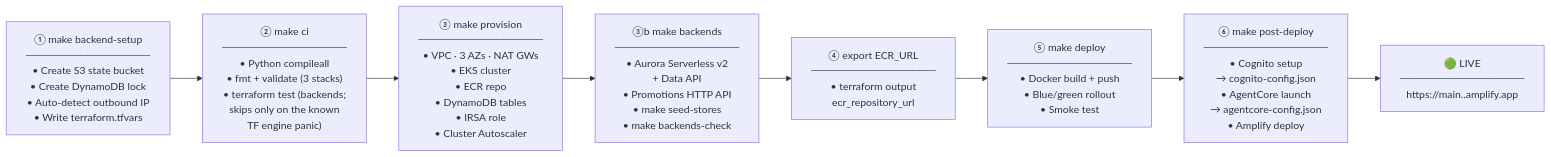
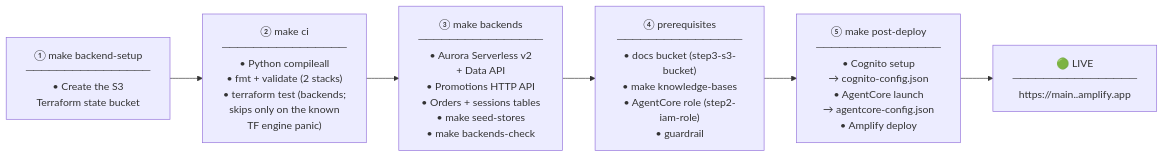
The third of 4 diagrams in README.md (uzerGenAi/cyberport-tech-assistant), drawn with Mermaid before and after one commit. The commit also changed other lines of this file and 117 other files, not shown here.

First line of the commit message:
Rebrand to Cyberport Tech Assistant; add AgentCore Memory and tracing

````diff
--- a/README.md
+++ b/README.md
@@ -134,13 +219,11 @@
 ```mermaid
 flowchart LR
-    S1["① make backend-setup\n────────────────\n• Create S3 state bucket\n• Create DynamoDB lock\n• Auto-detect outbound IP\n• Write terraform.tfvars"]
-    S2["② make ci\n────────────────\n• Python compileall\n• fmt + validate (3 stacks)\n• terraform test (backends;\n  skips only on the known\n  TF engine panic)"]
-    S3["③ make provision\n────────────────\n• VPC · 3 AZs · NAT GWs\n• EKS cluster\n• ECR repo\n• DynamoDB tables\n• IRSA role\n• Cluster Autoscaler"]
-    S3B["③b make backends\n────────────────\n• Aurora Serverless v2\n  + Data API\n• Promotions HTTP API\n• make seed-stores\n• make backends-check"]
-    S4["④ export ECR_URL\n────────────────\n• terraform output\n  ecr_repository_url"]
-    S5["⑤ make deploy\n────────────────\n• Docker build + push\n• Blue/green rollout\n• Smoke test"]
-    S6["⑥ make post-deploy\n────────────────\n• Cognito setup\n  → cognito-config.json\n• AgentCore launch\n  → agentcore-config.json\n• Amplify deploy"]
+    S1["① make backend-setup\n────────────────\n• Create the S3\n  Terraform state bucket"]
+    S2["② make ci\n────────────────\n• Python compileall\n• fmt + validate (2 stacks)\n• terraform test (backends;\n  skips only on the known\n  TF engine panic)"]
+    S3["③ make backends\n────────────────\n• Aurora Serverless v2\n  + Data API\n• Promotions HTTP API\n• Orders + sessions tables\n• make seed-stores\n• make backends-check"]
+    S4["④ prerequisites\n────────────────\n• docs bucket (step3-s3-bucket)\n• make knowledge-bases\n• AgentCore role (step2-iam-role)\n• guardrail"]
+    S5["⑤ make post-deploy\n────────────────\n• Cognito setup\n  → cognito-config.json\n• AgentCore launch\n  → agentcore-config.json\n• Amplify deploy"]
     LIVE["🟢 LIVE\n────────────────\nhttps://main.<app>.amplify.app"]
 
-    S1 --> S2 --> S3 --> S3B --> S4 --> S5 --> S6 --> LIVE
+    S1 --> S2 --> S3 --> S4 --> S5 --> LIVE
 ```
````
